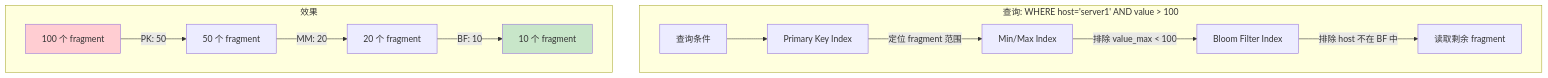
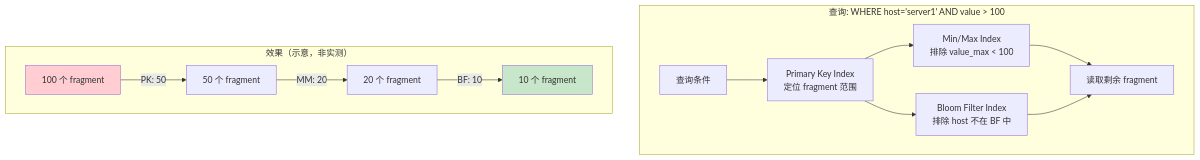
The seventh of 7 diagrams in docs/specs/17_shardkey_sparse_index_spec.md (stefanv5/openGemini), drawn with Mermaid before and after one commit. The commit also changed other lines of this file and 37 other files, not shown here.

````diff
--- a/docs/specs/17_shardkey_sparse_index_spec.md
+++ b/docs/specs/17_shardkey_sparse_index_spec.md
@@ -308,18 +344,19 @@
 ```mermaid
 graph TB
     subgraph "查询: WHERE host='server1' AND value > 100"
-        Q["查询条件"] --> PK["Primary Key Index"]
-        PK -->|"定位 fragment 范围"| MM["Min/Max Index"]
-        MM -->|"排除 value_max < 100"| BF["Bloom Filter Index"]
-        BF -->|"排除 host 不在 BF 中"| Read["读取剩余 fragment"]
+        Q["查询条件"] --> PK["Primary Key Index<br/>定位 fragment 范围"]
+        PK --> MM["Min/Max Index<br/>排除 value_max < 100"]
+        PK --> BF["Bloom Filter Index<br/>排除 host 不在 BF 中"]
+        MM --> Read["读取剩余 fragment"]
+        BF --> Read
     end
 
-    subgraph "效果"
+    subgraph "效果（示意，非实测）"
         R1["100 个 fragment"] -->|"PK: 50"| R2["50 个 fragment"]
         R2 -->|"MM: 20"| R3["20 个 fragment"]
         R3 -->|"BF: 10"| R4["10 个 fragment"]
     end
 
     style R1 fill:#ffcdd2
     style R4 fill:#c8e6c9
 ```
````
